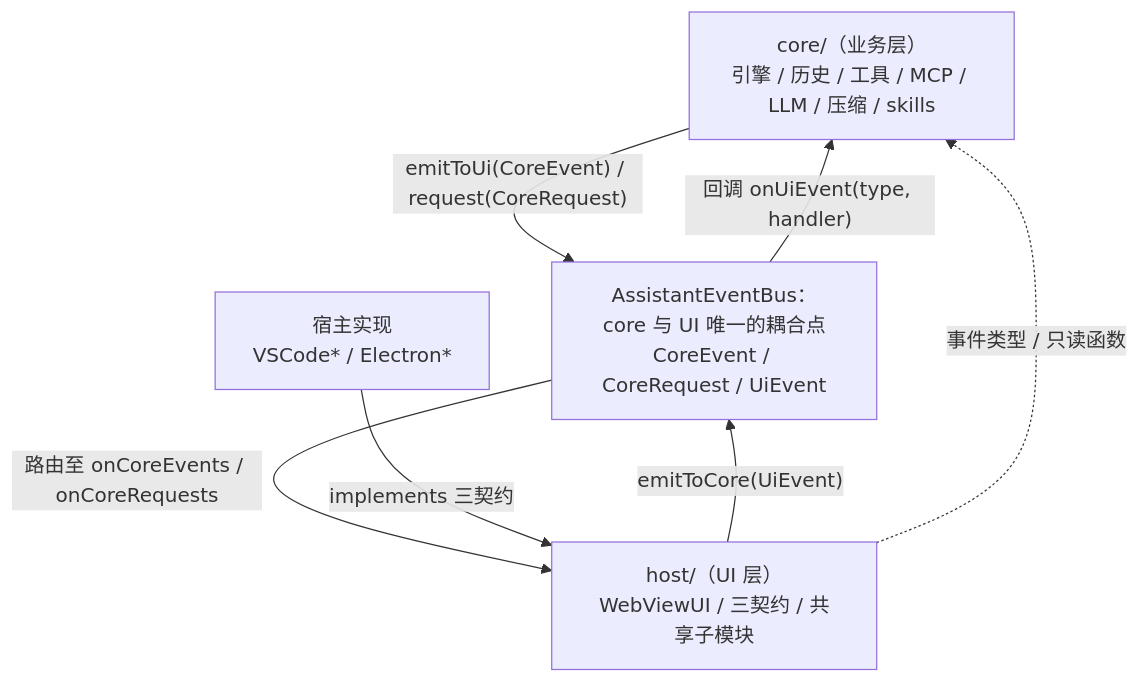
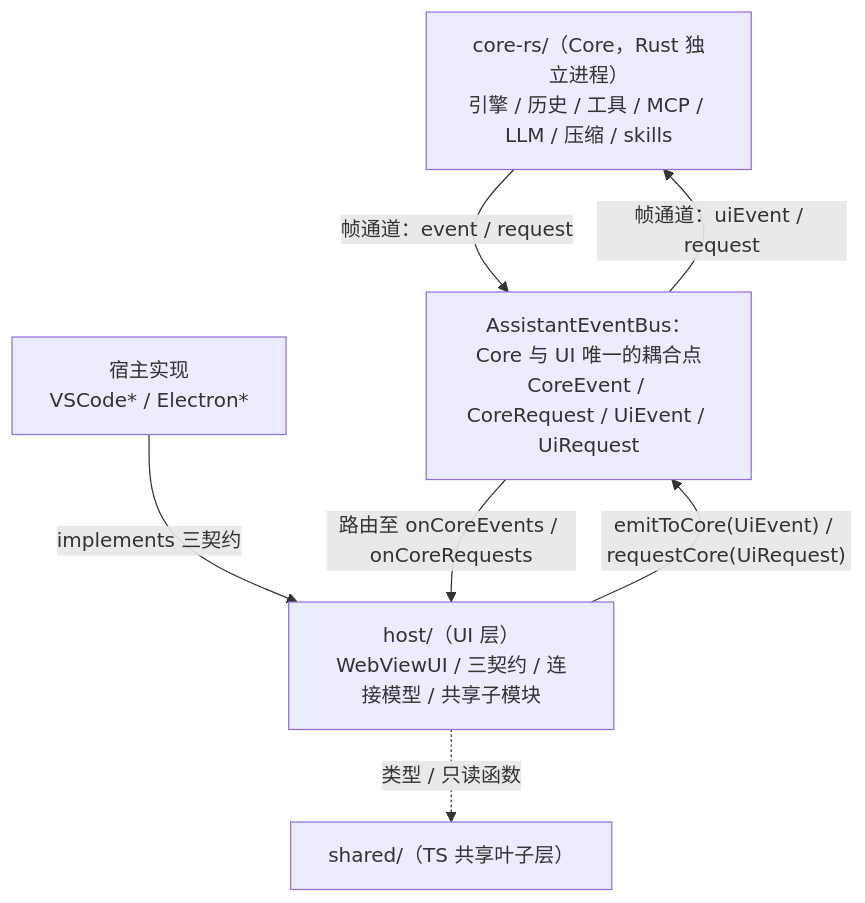
Before and after one commit to pzlvv/TuxedoCat: the diagram in docs/architecture/overview.md, drawn with Mermaid. The commit also changed other lines of this file and 471 other files, not shown here.

````diff
--- a/docs/architecture/overview.md
+++ b/docs/architecture/overview.md
@@ -35,15 +37,15 @@
 ```mermaid
 flowchart TB
-  CORE["core/（业务层）<br/>引擎 / 历史 / 工具 / MCP / LLM / 压缩 / skills"]
-  HOST["host/（UI 层）<br/>WebViewUI / 三契约 / 共享子模块"]
+  CORE["core-rs/（Core，Rust 独立进程）<br/>引擎 / 历史 / 工具 / MCP / LLM / 压缩 / skills"]
+  HOST["host/（UI 层）<br/>WebViewUI / 三契约 / 连接模型 / 共享子模块"]
   IMPL["宿主实现<br/>VSCode* / Electron*"]
-  BUS["AssistantEventBus：core 与 UI 唯一的耦合点<br/>CoreEvent / CoreRequest / UiEvent"]
+  BUS["AssistantEventBus：Core 与 UI 唯一的耦合点<br/>CoreEvent / CoreRequest / UiEvent / UiRequest"]
 
-  CORE -->|"emitToUi(CoreEvent) / request(CoreRequest)"| BUS
+  CORE -->|"帧通道：event / request"| BUS
   BUS -->|"路由至 onCoreEvents / onCoreRequests"| HOST
-  HOST -->|"emitToCore(UiEvent)"| BUS
-  BUS -->|"回调 onUiEvent(type, handler)"| CORE
+  HOST -->|"emitToCore(UiEvent) / requestCore(UiRequest)"| BUS
+  BUS -->|"帧通道：uiEvent / request"| CORE
 
   IMPL -->|"implements 三契约"| HOST
-  HOST -.->|"事件类型 / 只读函数"| CORE
+  HOST -.->|"类型 / 只读函数"| SHARED["shared/（TS 共享叶子层）"]
 ```
````
